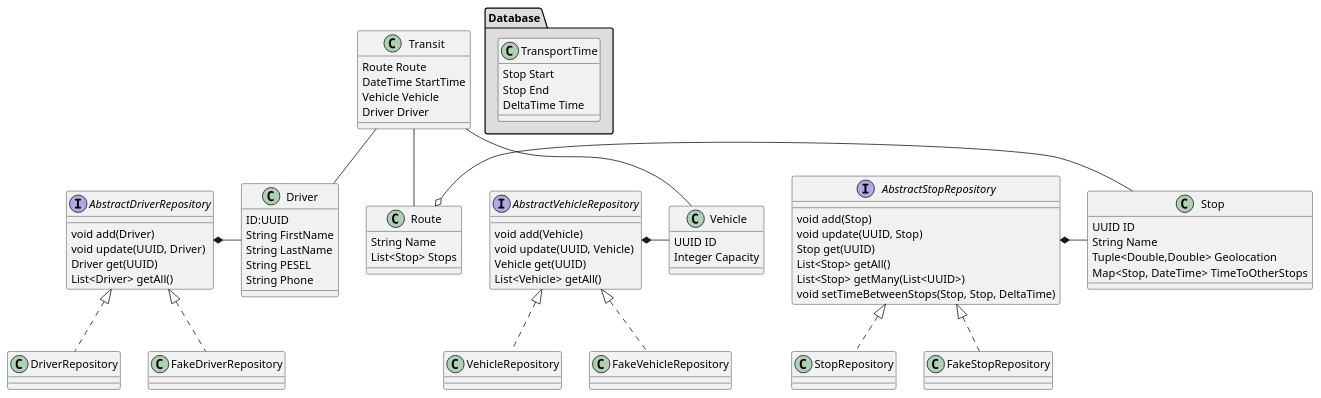
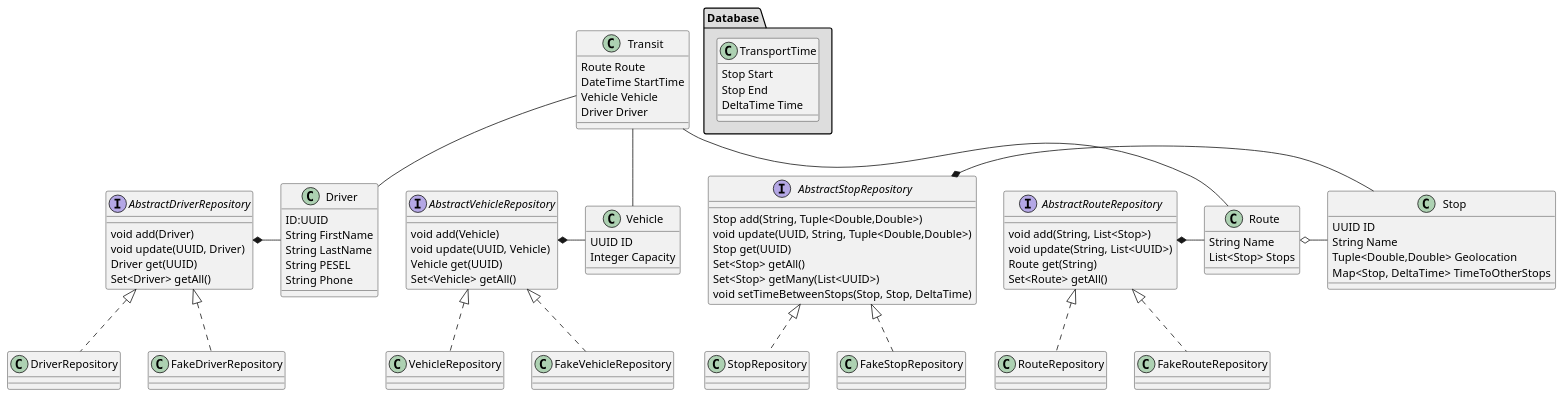
The diagram in projektowanie_obiektowe/projekt-mpk/class_diagram.puml (PatrykLisik/master-degree), drawn with PlantUML before and after one commit. The commit also changed 7 other files, not shown here.

```diff
--- a/projektowanie_obiektowe/projekt-mpk/class_diagram.puml
+++ b/projektowanie_obiektowe/projekt-mpk/class_diagram.puml
@@ -1,120 +1,134 @@
 @startuml
 'https://plantuml.com/class-diagram
 
 'abstract class AbstractList
 'abstract AbstractCollection
 'interface List
 'interface Collection
 '
 'List <|-- AbstractList
 'Collection <|-- AbstractCollection
 '
 'Collection <|- List
 'AbstractCollection <|- AbstractList
 'AbstractList <|-- ArrayList
 '
 'class ArrayList {
 'Object[] elementData
 'size()
 '}
 '
 'enum TimeUnit {
 'DAYS
 'HOURS
 'MINUTES
 '}
 
 package Database #DDDDDD {
 
     class TransportTime{
     Stop Start
     Stop End
     DeltaTime Time
     }
 
 }
 
 class Stop{
 UUID ID
 String Name
 Tuple<Double,Double> Geolocation
-Map<Stop, DateTime> TimeToOtherStops
+Map<Stop, DeltaTime> TimeToOtherStops
 }
 
 
 
 class Route {
  String Name
  List<Stop> Stops
 }
 
 
 
 class Transit{
 Route Route
 DateTime StartTime
 Vehicle Vehicle
 Driver Driver
 }
 
 class Vehicle{
 UUID ID
 Integer Capacity
 }
 
 class Driver{
 ID:UUID
 String FirstName
 String LastName
 String PESEL
 String Phone
 }
 
 interface AbstractDriverRepository{
  void add(Driver)
  void update(UUID, Driver)
  Driver get(UUID)
- List<Driver> getAll()
+ Set<Driver> getAll()
 }
 
 class DriverRepository implements AbstractDriverRepository
 class FakeDriverRepository implements AbstractDriverRepository
 
 AbstractDriverRepository *- Driver
 
 
 interface AbstractVehicleRepository{
  void add(Vehicle)
  void update(UUID, Vehicle)
  Vehicle get(UUID)
- List<Vehicle> getAll()
+ Set<Vehicle> getAll()
 }
 
 class VehicleRepository implements AbstractVehicleRepository
 class FakeVehicleRepository implements AbstractVehicleRepository
 
 
 AbstractVehicleRepository *- Vehicle
 
+
+interface AbstractRouteRepository{
+ void add(String, List<Stop>)
+ void update(String, List<UUID>)
+ Route get(String)
+ Set<Route> getAll()
+}
+
+class RouteRepository implements AbstractRouteRepository
+class FakeRouteRepository implements AbstractRouteRepository
+
+
+AbstractRouteRepository *- Route
+
 interface AbstractStopRepository{
- void add(Stop)
- void update(UUID, Stop)
+ Stop add(String, Tuple<Double,Double>)
+ void update(UUID, String, Tuple<Double,Double>)
  Stop get(UUID)
- List<Stop> getAll()
- List<Stop> getMany(List<UUID>)
+ Set<Stop> getAll()
+ Set<Stop> getMany(List<UUID>)
  void setTimeBetweenStops(Stop, Stop, DeltaTime)
 }
 
 AbstractStopRepository *- Stop
 class StopRepository implements AbstractStopRepository
 class FakeStopRepository implements AbstractStopRepository
 
 Route o- Stop
 
 Transit -- Route
 Transit -- Vehicle
 Transit -- Driver
 
 
 
 @enduml
```
